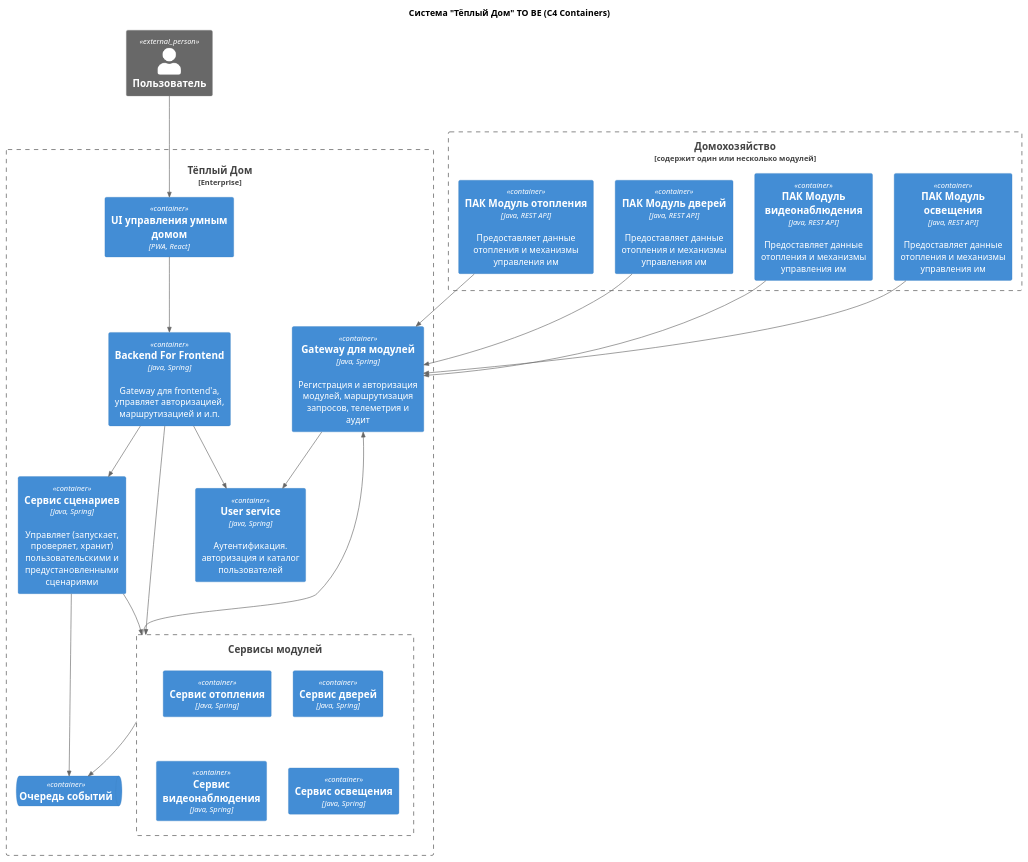
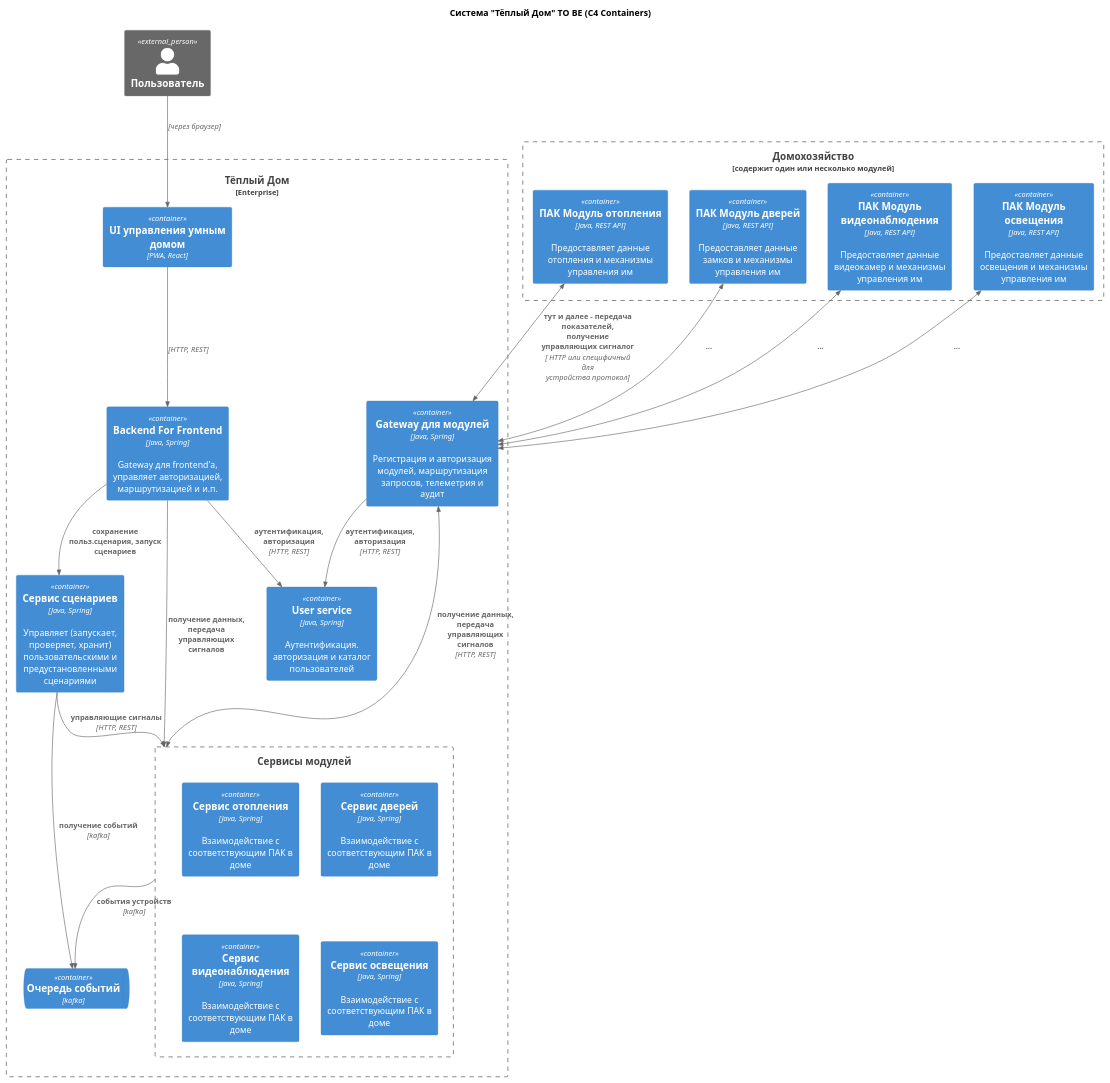
Before and after one commit to kalach77rus/warmhouse: the diagram in schemas/containers/WarmHouse_Containers.puml, drawn with PlantUML. The commit also changed 1 other file, not shown here.

```diff
--- a/schemas/containers/WarmHouse_Containers.puml
+++ b/schemas/containers/WarmHouse_Containers.puml
@@ -1,53 +1,53 @@
 @startuml warmhouse containers diagram
 !include ../assets/C4_templates/C4_Container.puml
 
 title Система "Тёплый Дом" TO BE (C4 Containers)
 
 Person_Ext(user, "Пользователь", "")
 
 Boundary(home, "Домохозяйство", "содержит один или несколько модулей") {
     Container(heat, "ПАК Модуль отопления", "Java, REST API", "Предоставляет данные отопления и механизмы управления им")
-    Container(locks, "ПАК Модуль дверей", "Java, REST API", "Предоставляет данные отопления и механизмы управления им")
-    Container(surveillance, "ПАК Модуль видеонаблюдения", "Java, REST API", "Предоставляет данные отопления и механизмы управления им")
-    Container(light, "ПАК Модуль освещения", "Java, REST API", "Предоставляет данные отопления и механизмы управления им")
+    Container(locks, "ПАК Модуль дверей", "Java, REST API", "Предоставляет данные замков и механизмы управления им")
+    Container(surveillance, "ПАК Модуль видеонаблюдения", "Java, REST API", "Предоставляет данные видеокамер и механизмы управления им")
+    Container(light, "ПАК Модуль освещения", "Java, REST API", "Предоставляет данные освещения и механизмы управления им")
 }
 
 Enterprise_Boundary(enterprise, "Тёплый Дом") {
     Container(gateway, "Gateway для модулей", "Java, Spring", "Регистрация и авторизация модулей, маршрутизация запросов, телеметрия и аудит")
     Container(user_gui, "UI управления умным домом" , "PWA, React")
 
     Container(scenarios, "Сервис сценариев", "Java, Spring", "Управляет (запускает, проверяет, хранит) пользовательскими и предустановленными сценариями")
     Container(bff, "Backend For Frontend", "Java, Spring", "Gateway для frontend'а, управляет авторизацией, маршрутизацией и и.п.")
 
     Container(auth, "User service", "Java, Spring", "Аутентификация. авторизация и каталог пользователей")
 
     Boundary(modules, "Сервисы модулей") {
-        Container(heat_be, "Сервис отопления", "Java, Spring", "")
-        Container(locks_be, "Сервис дверей", "Java, Spring", "")
-        Container(surveillance_be, "Сервис видеонаблюдения", "Java, Spring", "")
-        Container(light_be, "Сервис освещения", "Java, Spring", "")
+        Container(heat_be, "Сервис отопления", "Java, Spring", "Взаимодействие с соответствующим ПАК в доме")
+        Container(locks_be, "Сервис дверей", "Java, Spring", "Взаимодействие с соответствующим ПАК в доме")
+        Container(surveillance_be, "Сервис видеонаблюдения", "Java, Spring", "Взаимодействие с соответствующим ПАК в доме")
+        Container(light_be, "Сервис освещения", "Java, Spring", "Взаимодействие с соответствующим ПАК в доме")
     }
 
-    ContainerQueue(eventq, "Очередь событий")
+    ContainerQueue(eventq, "Очередь событий", "kafka")
 
 }
 
-Rel_D(heat, gateway, "")
-Rel_D(surveillance, gateway, "")
-Rel_D(light, gateway, "")
-Rel_D(locks, gateway, "")
-Rel(gateway, auth, "")
+BiRel(heat, gateway, "тут и далее - передача показателей, получение управляющих сигналог", " HTTP или специфичный для устройства протокол")
+BiRel(surveillance, gateway, "...")
+BiRel(light, gateway, "...")
+BiRel(locks, gateway, "...")
+Rel(gateway, auth, "аутентификация, авторизация", "HTTP, REST")
 
-Rel_U(modules, gateway, "")
-Rel(modules, eventq, "")
-Rel(scenarios, eventq, "")
-Rel(scenarios, modules, "")
-Rel(bff, scenarios, "")
-Rel(bff, auth, "")
+BiRel_U(modules, gateway, "получение данных, передача управляющих сигналов", "HTTP, REST")
+Rel(modules, eventq, "события устройств", "kafka")
+Rel(scenarios, eventq, "получение событий", "kafka")
+Rel(scenarios, modules, "управляющие сигналы", "HTTP, REST")
+Rel(bff, scenarios, "сохранение польз.сценария, запуск сценариев")
+Rel(bff, auth,"аутентификация, авторизация", "HTTP, REST")
 
-Rel(user, user_gui, "")
-Rel(user_gui, bff, "")
-Rel(bff, modules, "")
+Rel(user, user_gui, "", "через браузер")
+Rel(user_gui, bff, "", "HTTP, REST")
+Rel(bff, modules, "получение данных, передача управляющих сигналов")
 
 
 @enduml
```
